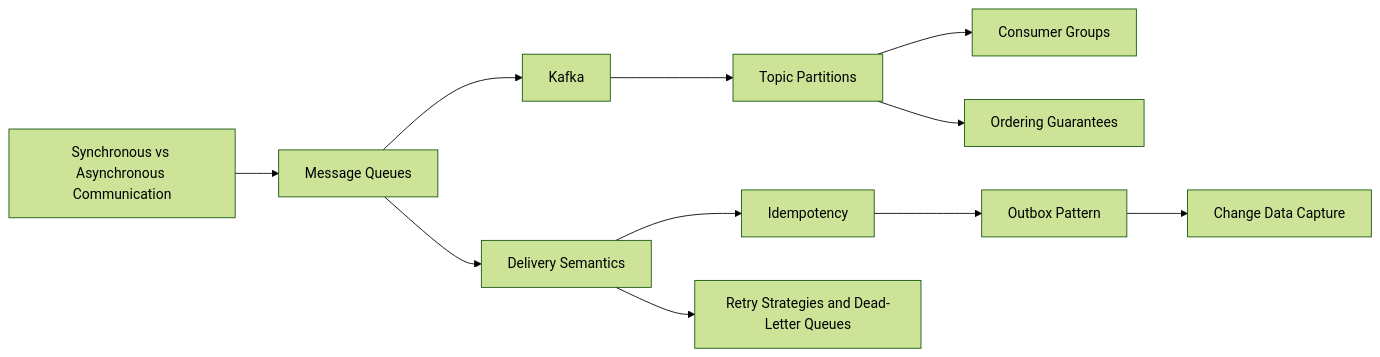
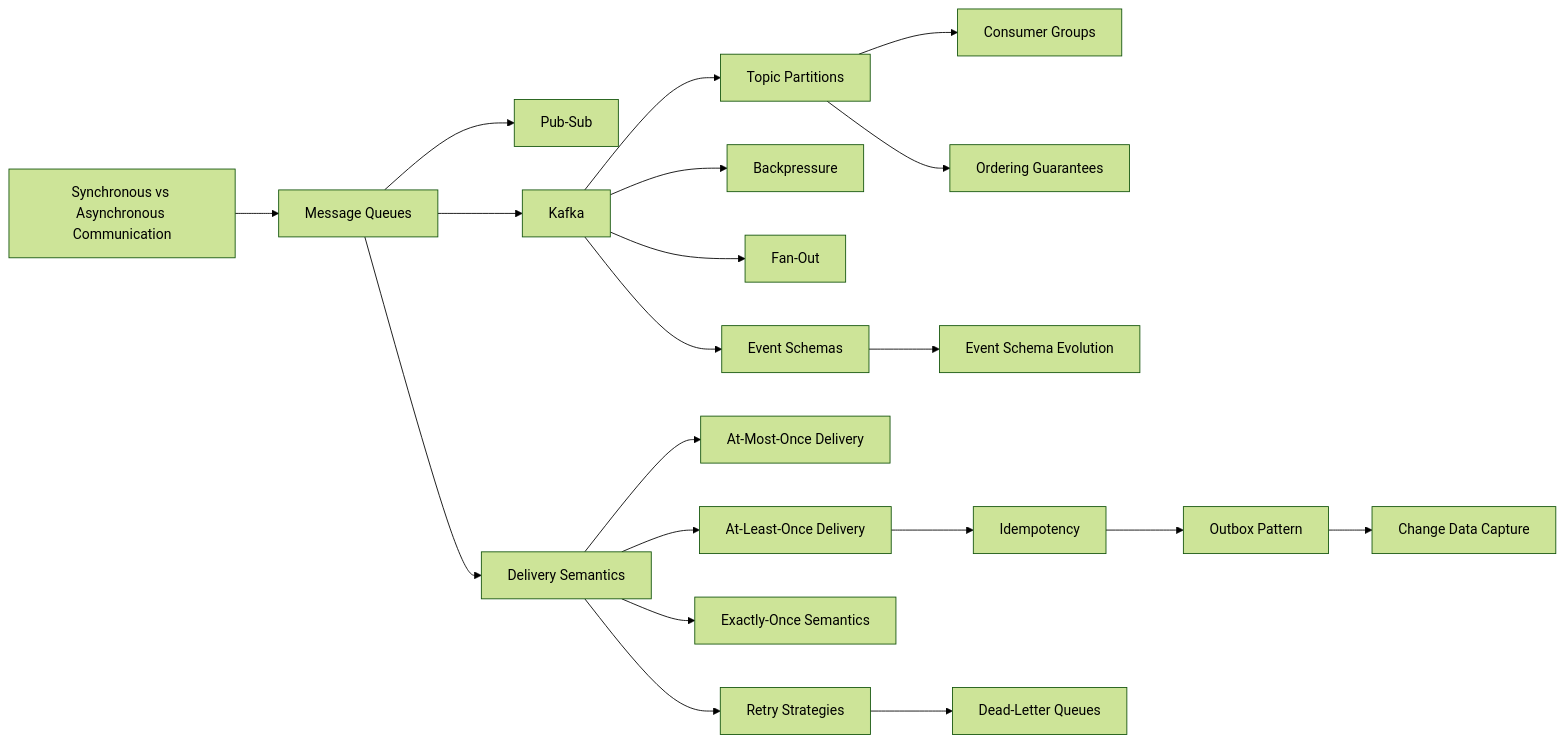
One commit to kunal-ladh/learn-system-design changed the diagram in HLD/01 HLD & System Design/Messaging & Event-Driven Systems/Messaging & Event-Driven Systems MOC.md. Above: the diagram before and after it, drawn with Mermaid (forest theme). The commit also changed other lines of this file and 195 other files, not shown here.

````diff
--- a/HLD/01 HLD & System Design/Messaging & Event-Driven Systems/Messaging & Event-Driven Systems MOC.md
+++ b/HLD/01 HLD & System Design/Messaging & Event-Driven Systems/Messaging & Event-Driven Systems MOC.md
@@ -23,13 +25,23 @@
 ```mermaid
 flowchart LR
     A[Synchronous vs Asynchronous Communication] --> B[Message Queues]
+    B --> P[Pub-Sub]
     B --> C[Kafka]
     C --> D[Topic Partitions]
     D --> E[Consumer Groups]
     D --> F[Ordering Guarantees]
+    C --> BP[Backpressure]
+    C --> FO[Fan-Out]
+    C --> ES[Event Schemas]
+    ES --> ESE[Event Schema Evolution]
     B --> G[Delivery Semantics]
-    G --> H[Idempotency]
-    G --> I[Retry Strategies and Dead-Letter Queues]
+    G --> G1[At-Most-Once Delivery]
+    G --> G2[At-Least-Once Delivery]
+    G --> G3[Exactly-Once Semantics]
+    G2 --> H[Idempotency]
+    G --> I1[Retry Strategies]
+    I1 --> I2[Dead-Letter Queues]
     H --> J[Outbox Pattern]
     J --> K[Change Data Capture]
+    class A,B,BP,C,D,E,ES,ESE,F,FO,G,G1,G2,G3,H,I1,I2,J,K,P internal-link;
 ```
````
